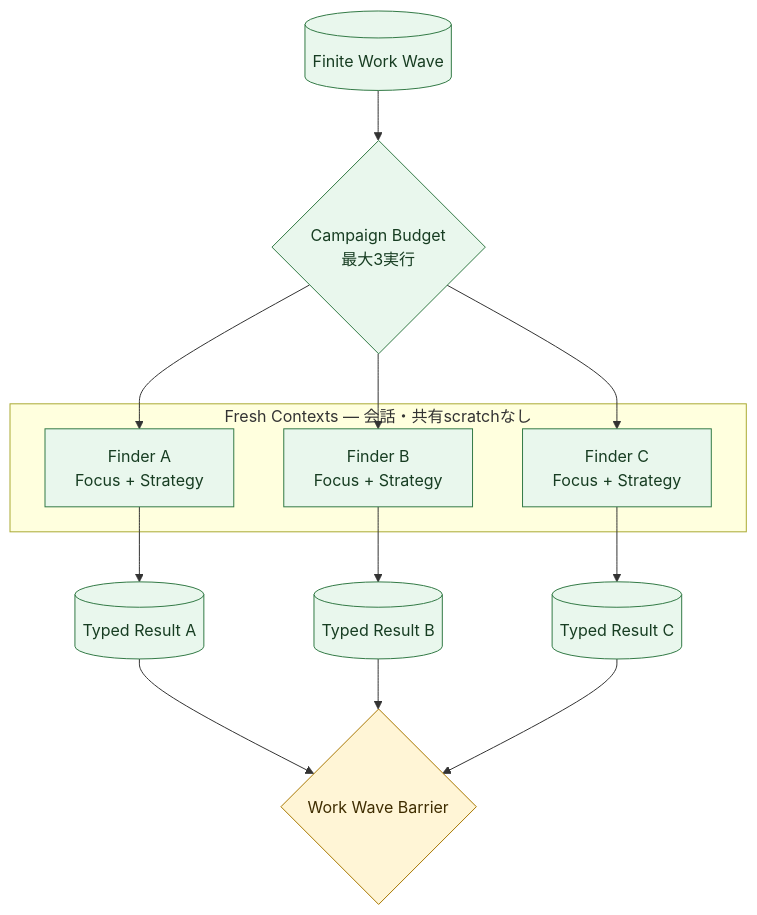
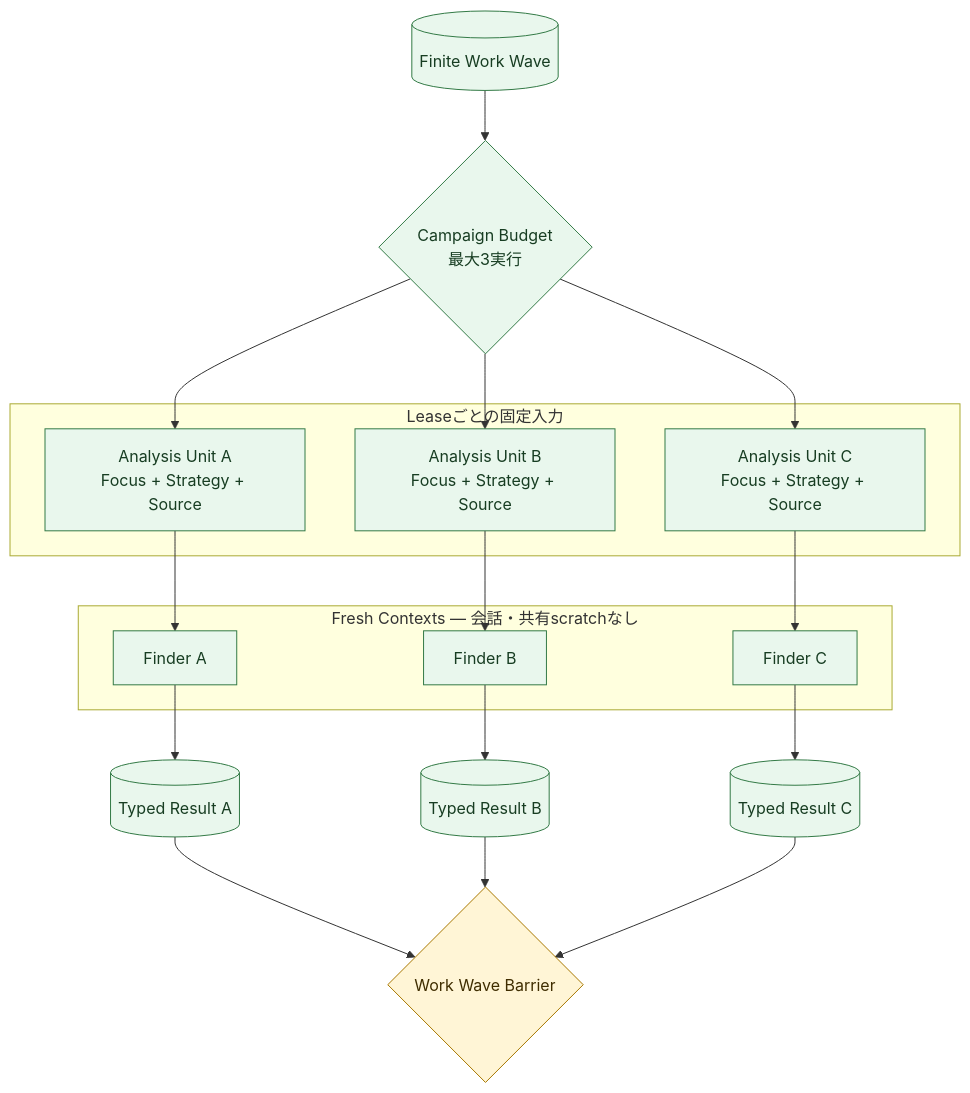
One commit to momoponwork1415-lgtm/wordpress-harness changed the third of 7 diagrams in docs/design/architecture/exploration-agent-architecture.md. Above: the diagram before and after it, drawn with Mermaid. The commit also changed other lines of this file and 8 other files, not shown here.

Commit message:
Add strategy-aware analysis units

````diff
--- a/docs/design/architecture/exploration-agent-architecture.md
+++ b/docs/design/architecture/exploration-agent-architecture.md
@@ -97,29 +97,35 @@
 ```mermaid
 flowchart TB
     wave[("Finite Work Wave")]
     budget{"Campaign Budget<br/>最大3実行"}
 
+    subgraph units["Leaseごとの固定入力"]
+        u1["Analysis Unit A<br/>Focus + Strategy + Source"]
+        u2["Analysis Unit B<br/>Focus + Strategy + Source"]
+        u3["Analysis Unit C<br/>Focus + Strategy + Source"]
+    end
+
     subgraph independent["Fresh Contexts — 会話・共有scratchなし"]
-        f1["Finder A<br/>Focus + Strategy"]
-        f2["Finder B<br/>Focus + Strategy"]
-        f3["Finder C<br/>Focus + Strategy"]
+        f1["Finder A"]
+        f2["Finder B"]
+        f3["Finder C"]
     end
 
     r1[("Typed Result A")]
     r2[("Typed Result B")]
     r3[("Typed Result C")]
     barrier{"Work Wave Barrier"}
 
     wave --> budget
-    budget --> f1
-    budget --> f2
-    budget --> f3
+    budget --> u1 --> f1
+    budget --> u2 --> f2
+    budget --> u3 --> f3
     f1 --> r1 --> barrier
     f2 --> r2 --> barrier
     f3 --> r3 --> barrier
 
     classDef done fill:#e9f7ed,stroke:#337a46,color:#173d22;
     classDef boundary fill:#fff5d6,stroke:#a87800,color:#3f2d00;
-    class wave,budget,f1,f2,f3,r1,r2,r3 done;
+    class wave,budget,u1,u2,u3,f1,f2,f3,r1,r2,r3 done;
     class barrier boundary;
 ```
````
